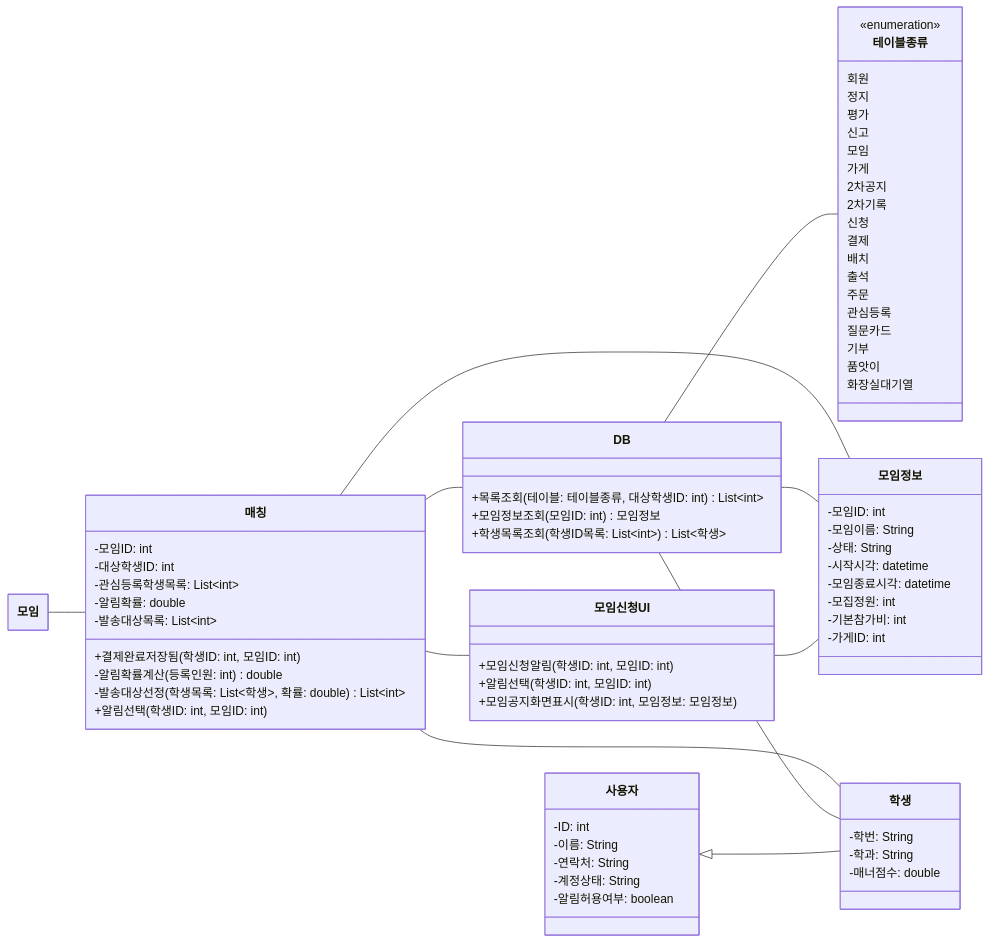
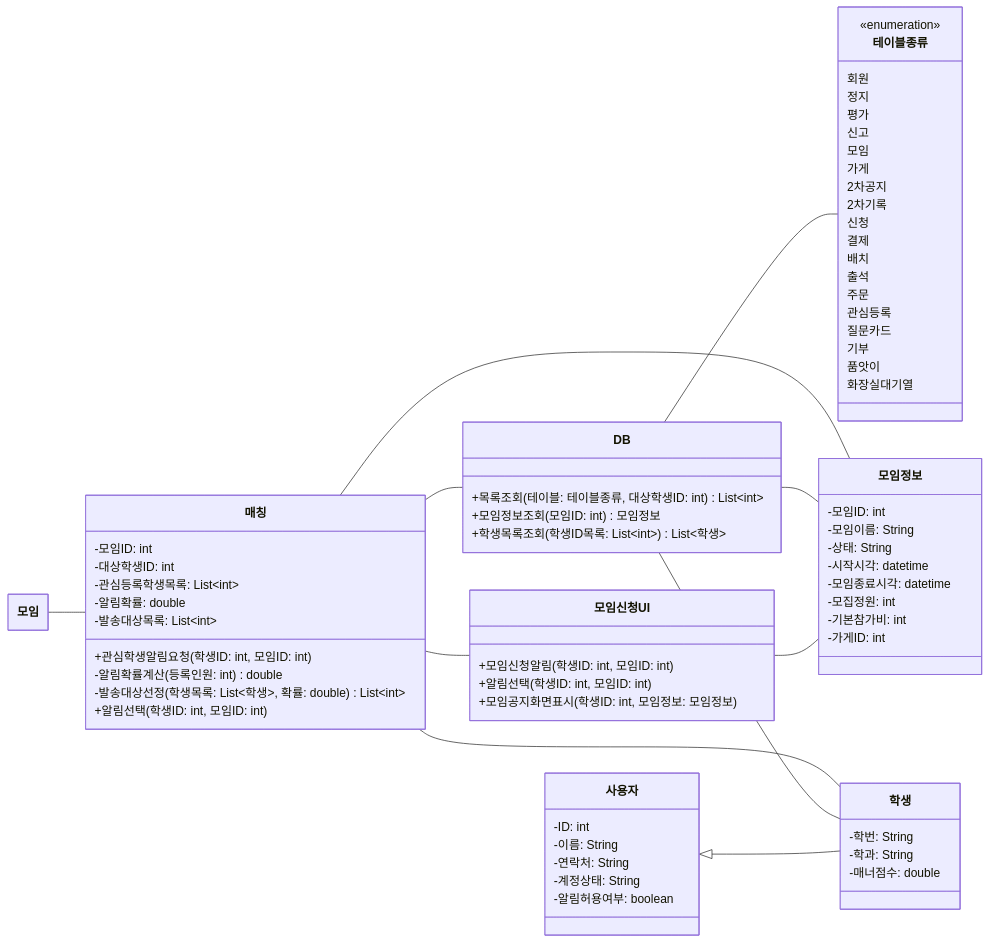
The second of 2 diagrams in class-diagram/present-03.md (hojae3/sw-engineering-16), drawn with Mermaid before and after one commit. The commit also changed other lines of this file, not shown here.

```diff
--- a/class-diagram/present-03.md
+++ b/class-diagram/present-03.md
@@ -75,7 +75,7 @@
         -관심등록학생목록: List~int~
         -알림확률: double
         -발송대상목록: List~int~
-        +결제완료저장됨(학생ID: int, 모임ID: int)
+        +관심학생알림요청(학생ID: int, 모임ID: int)
         -알림확률계산(등록인원: int) double
         -발송대상선정(학생목록: List~학생~, 확률: double) List~int~
         +알림선택(학생ID: int, 모임ID: int)
```
